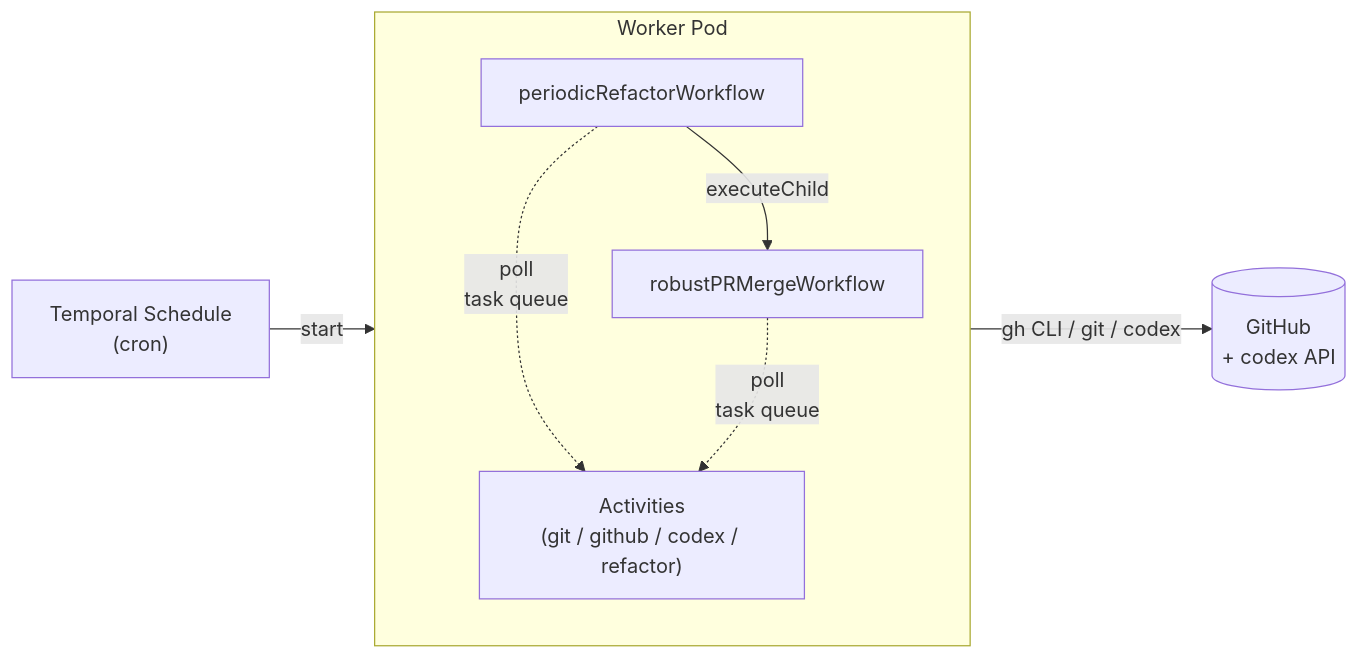
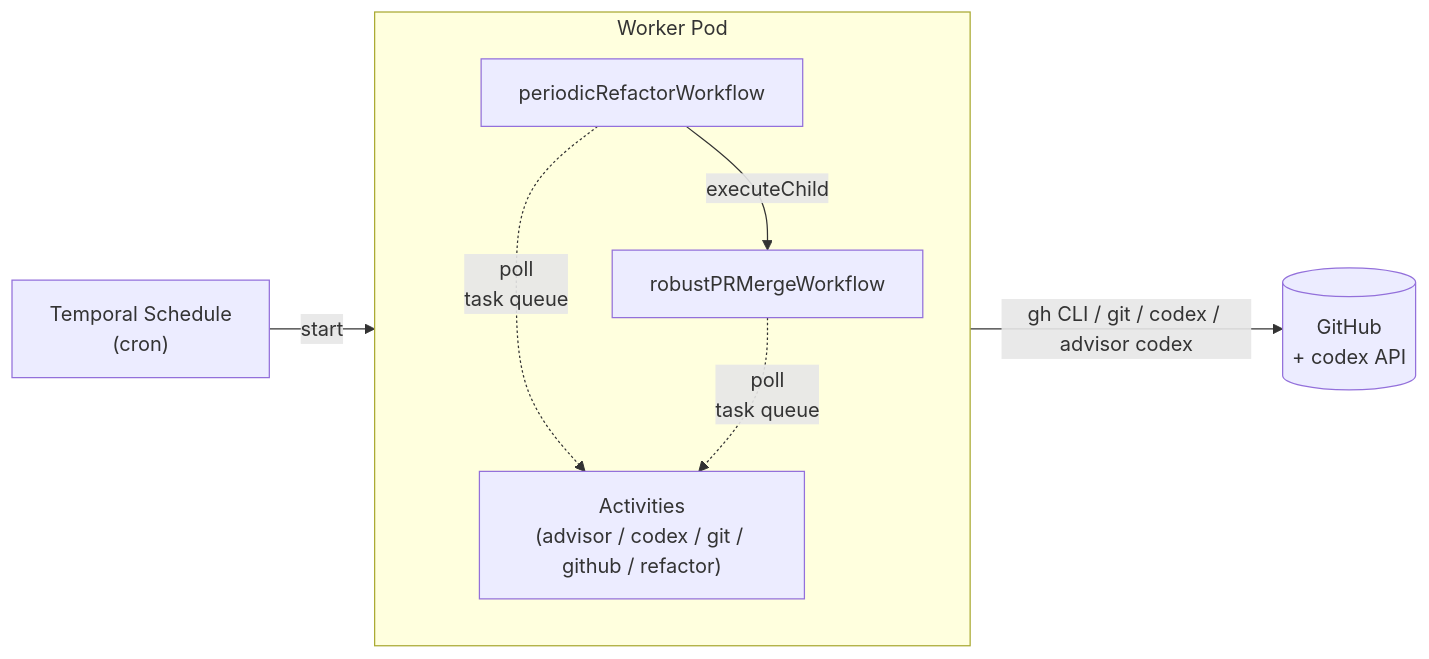
Before and after one commit to tamara1031/temporal-repo-steward: the first of 5 diagrams in docs/architecture.md, drawn with Mermaid. The commit also changed other lines of this file and 1 other file, not shown here.

Commit message:
docs: update architecture and README for improved activity structure and clarity

````diff
--- a/docs/architecture.md
+++ b/docs/architecture.md
@@ -5,17 +5,17 @@
 ```mermaid
 flowchart LR
     Schedule["Temporal Schedule<br/>(cron)"] -->|start| Periodic[periodicRefactorWorkflow]
     Periodic -->|executeChild| Robust[robustPRMergeWorkflow]
 
     subgraph Worker["Worker Pod"]
         direction TB
         Periodic
         Robust
-        Activities["Activities<br/>(git / github / codex / refactor)"]
+        Activities["Activities<br/>(advisor / codex / git / github / refactor)"]
     end
 
     Periodic -.->|"poll<br/>task queue"| Activities
     Robust -.->|"poll<br/>task queue"| Activities
 
-    Activities -->|gh CLI / git / codex| External[(GitHub<br/>+ codex API)]
+    Activities -->|gh CLI / git / codex / advisor codex| External[(GitHub<br/>+ codex API)]
 ```
````
